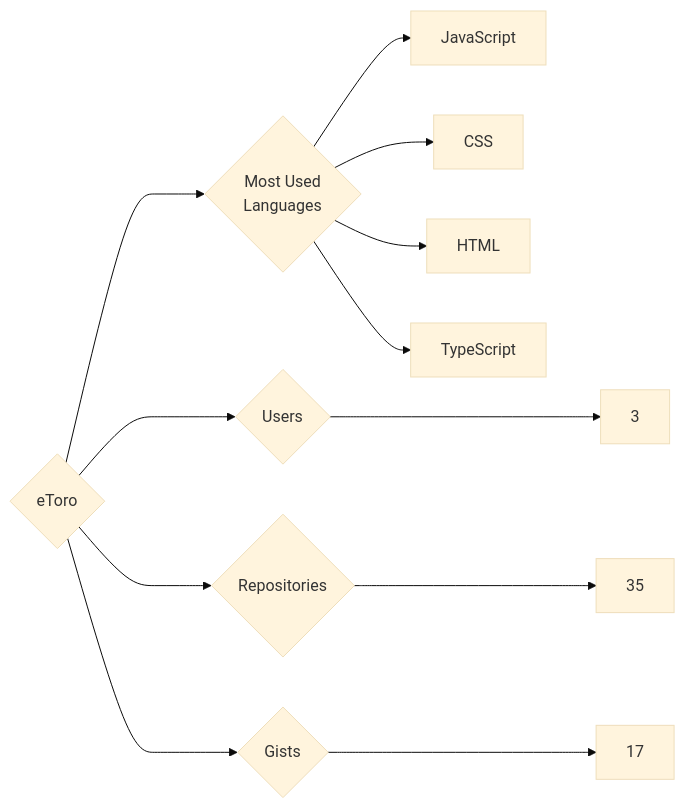
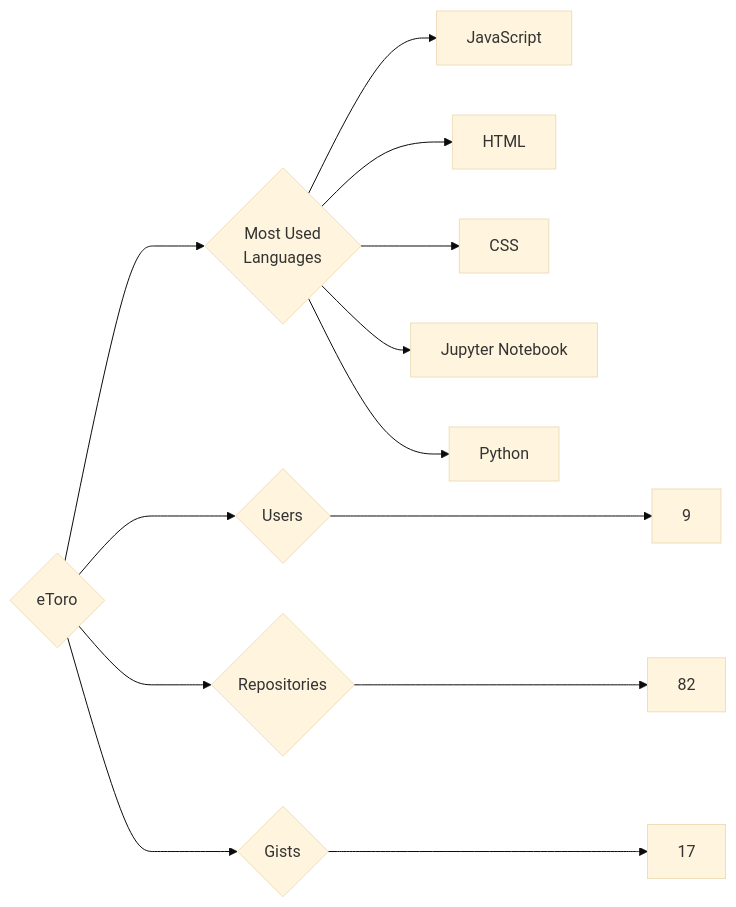
One commit to trickest/insiders changed the diagram in targets/eToro/README.md. Above: the diagram before and after it, drawn with Mermaid (base theme). The commit also changed 1170 other files, not shown here.

````diff
--- a/targets/eToro/README.md
+++ b/targets/eToro/README.md
@@ -3,12 +3,13 @@
 ```mermaid
 graph LR
 COMPANY_NAME{eToro}
-COMPANY_NAME ---> U{Users} ---> UN[3]
-COMPANY_NAME ---> R{Repositories} ---> RN[35]
+COMPANY_NAME ---> U{Users} ---> UN[9]
+COMPANY_NAME ---> R{Repositories} ---> RN[82]
 COMPANY_NAME ---> G{Gists} ---> GN[17]
 COMPANY_NAME ---> ML{Most Used<br>Languages}
 ML --> JavaScript[JavaScript]
+ML --> HTML[HTML]
 ML --> CSS[CSS]
-ML --> HTML[HTML]
-ML --> TypeScript[TypeScript]
+ML --> Jupyter_Notebook[Jupyter Notebook]
+ML --> Python[Python]
 ```
````
